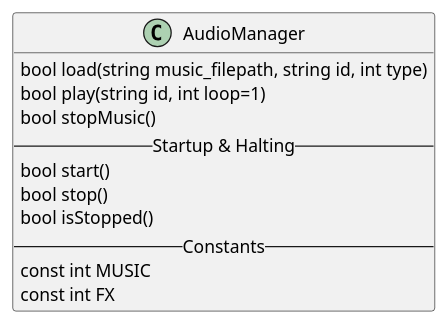
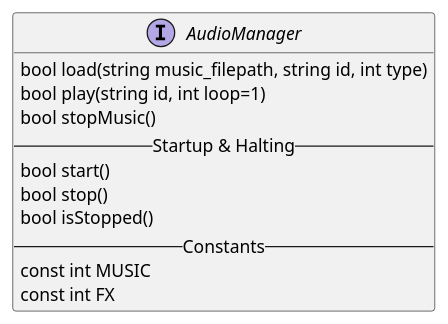
The diagram in en/sound-management.md (asrob-uc3m/robotDevastation-developer-manual), drawn with PlantUML before and after one commit. The commit also changed other lines of this file, not shown here.

Commit message:
Updates en/sound-management.md
Auto commit by GitBook Editor

```diff
--- a/en/sound-management.md
+++ b/en/sound-management.md
@@ -13,14 +13,14 @@
 {% plantuml %}
-Class AudioManager {
+interface AudioManager {
     bool load(string music_filepath, string id, int type)
     bool play(string id, int loop=1)
     bool stopMusic()
     --Startup & Halting--
     bool start()
     bool stop()
     bool isStopped()
     --Constants--
     const int MUSIC
     const int FX
 }
 {% endplantuml %}
```
